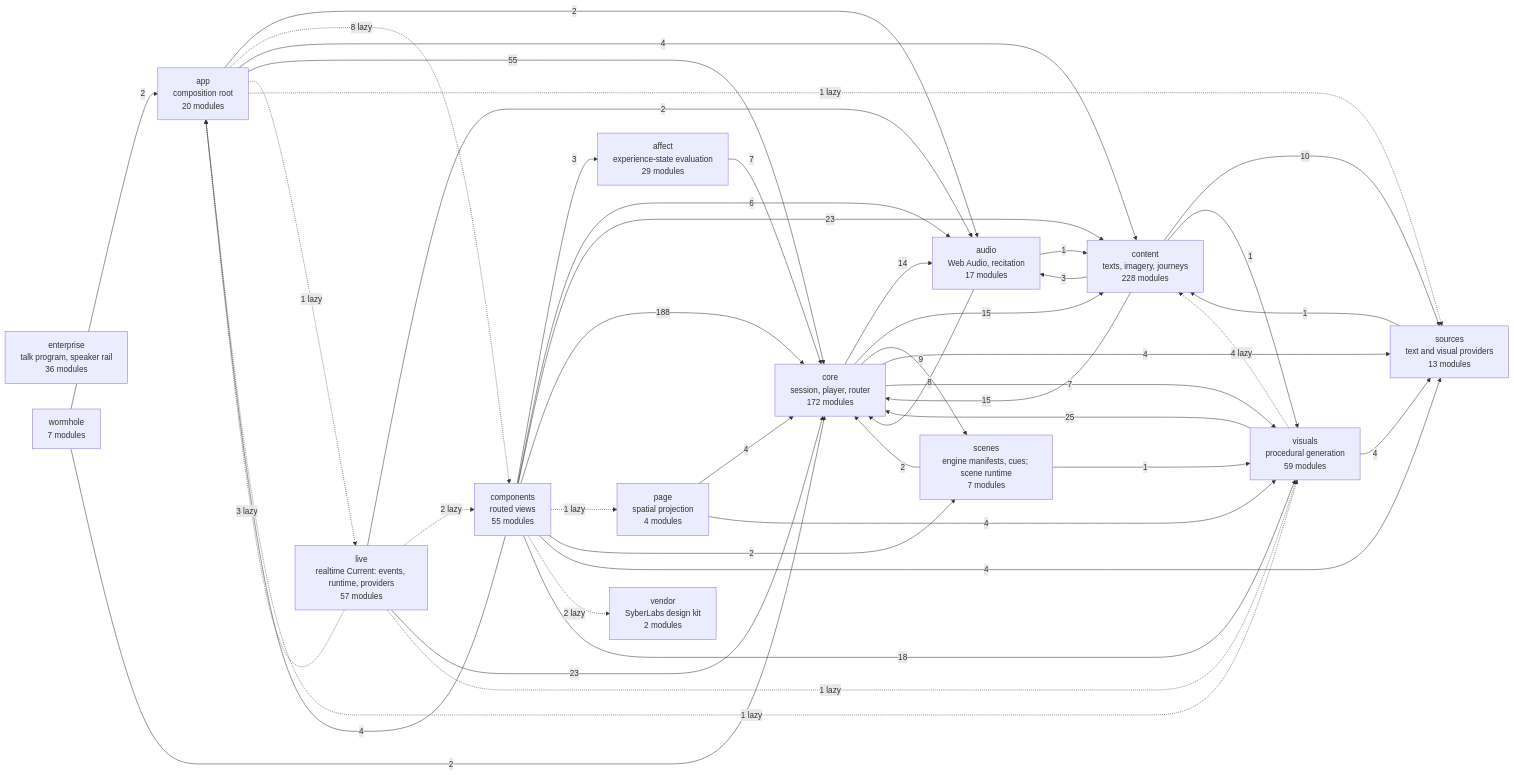
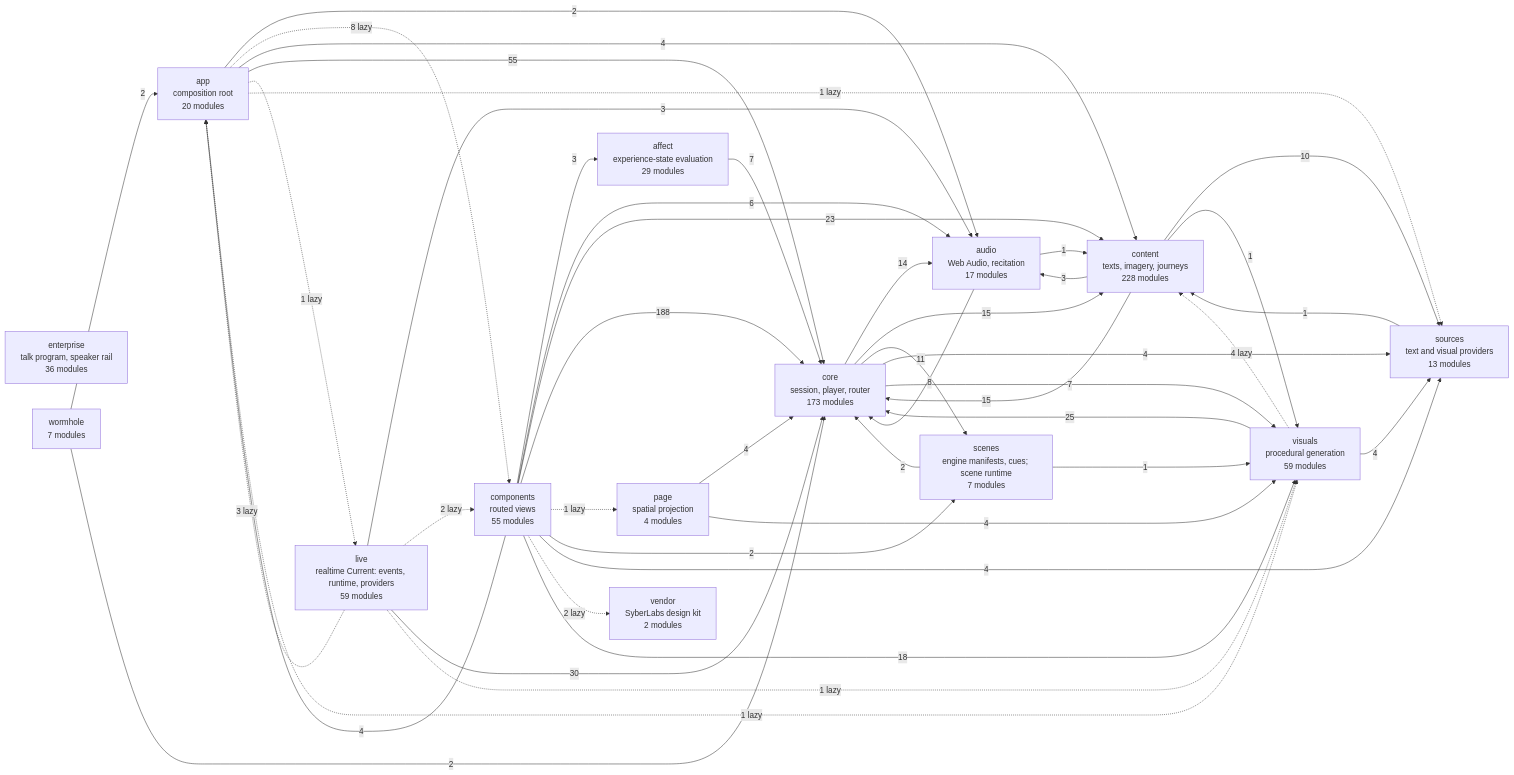
The diagram in docs/specs/ARCHITECTURE.md (SyberLabs/RISE), drawn with Mermaid before and after one commit. The commit also changed 53 other files, not shown here.

First line of the commit message:
RISE Live: beats streamed — holds and scenes arrive in time (#615)

````diff
--- a/docs/specs/ARCHITECTURE.md
+++ b/docs/specs/ARCHITECTURE.md
@@ -161,62 +161,62 @@
 ```mermaid
 flowchart LR
     affect["affect<br/>experience-state evaluation<br/>29 modules"]
     app["app<br/>composition root<br/>20 modules"]
     audio["audio<br/>Web Audio, recitation<br/>17 modules"]
     components["components<br/>routed views<br/>55 modules"]
     content["content<br/>texts, imagery, journeys<br/>228 modules"]
-    core["core<br/>session, player, router<br/>172 modules"]
+    core["core<br/>session, player, router<br/>173 modules"]
     enterprise["enterprise<br/>talk program, speaker rail<br/>36 modules"]
-    live["live<br/>realtime Current: events, runtime, providers<br/>57 modules"]
+    live["live<br/>realtime Current: events, runtime, providers<br/>59 modules"]
     page["page<br/>spatial projection<br/>4 modules"]
     scenes["scenes<br/>engine manifests, cues; scene runtime<br/>7 modules"]
     sources["sources<br/>text and visual providers<br/>13 modules"]
     vendor["vendor<br/>SyberLabs design kit<br/>2 modules"]
     visuals["visuals<br/>procedural generation<br/>59 modules"]
     wormhole["wormhole<br/>7 modules"]
 
     affect --> |7| core
     app --> |2| audio
     app -.-> |8 lazy| components
     app --> |4| content
     app --> |55| core
     app -.-> |1 lazy| live
     app -.-> |1 lazy| sources
     app -.-> |1 lazy| visuals
     audio --> |1| content
     audio --> |8| core
     components --> |3| affect
     components --> |4| app
     components --> |6| audio
     components --> |23| content
     components --> |188| core
     components -.-> |1 lazy| page
     components --> |2| scenes
     components --> |4| sources
     components -.-> |2 lazy| vendor
     components --> |18| visuals
     content --> |3| audio
     content --> |15| core
     content --> |10| sources
     content --> |1| visuals
     core --> |14| audio
     core --> |15| content
-    core --> |9| scenes
+    core --> |11| scenes
     core --> |4| sources
     core --> |7| visuals
     live -.-> |3 lazy| app
-    live --> |2| audio
+    live --> |3| audio
     live -.-> |2 lazy| components
-    live --> |23| core
+    live --> |30| core
     live -.-> |1 lazy| visuals
     page --> |4| core
     page --> |4| visuals
     scenes --> |2| core
     scenes --> |1| visuals
     sources --> |1| content
     visuals -.-> |4 lazy| content
     visuals --> |25| core
     visuals --> |4| sources
     wormhole --> |2| app
     wormhole --> |2| core
 ```
````
